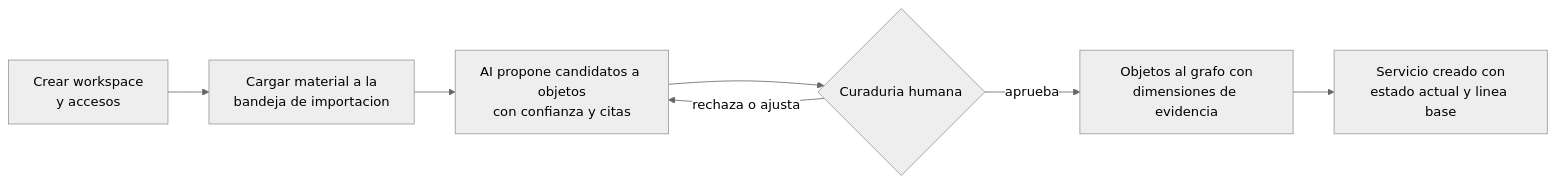
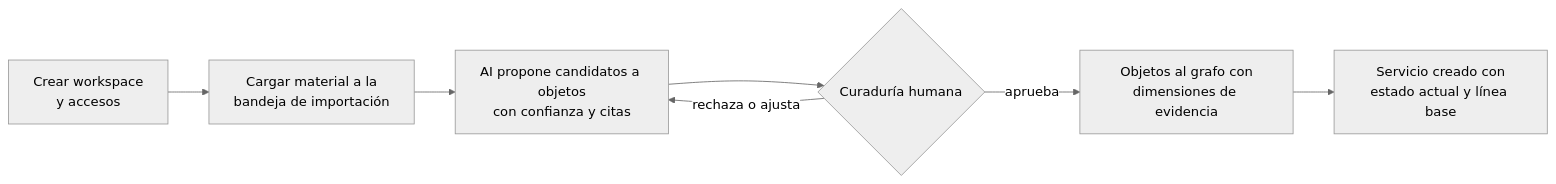
Before and after one commit to jtrujillo-ws/designio-app: the second of 9 diagrams in docs/04-journeys/journeys-plataforma.md, drawn with Mermaid (neutral theme). The commit also changed other lines of this file and 4 other files, not shown here.

````diff
--- a/docs/04-journeys/journeys-plataforma.md
+++ b/docs/04-journeys/journeys-plataforma.md
@@ -86,9 +86,9 @@
 ```mermaid
 flowchart LR
-  A["Crear workspace<br/>y accesos"] --> B["Cargar material a la<br/>bandeja de importacion"]
+  A["Crear workspace<br/>y accesos"] --> B["Cargar material a la<br/>bandeja de importación"]
   B --> C["AI propone candidatos a objetos<br/>con confianza y citas"]
-  C --> D{"Curaduria humana"}
+  C --> D{"Curaduría humana"}
   D -->|aprueba| E["Objetos al grafo con<br/>dimensiones de evidencia"]
   D -->|rechaza o ajusta| C
-  E --> F["Servicio creado con<br/>estado actual y linea base"]
+  E --> F["Servicio creado con<br/>estado actual y línea base"]
 ```
````
